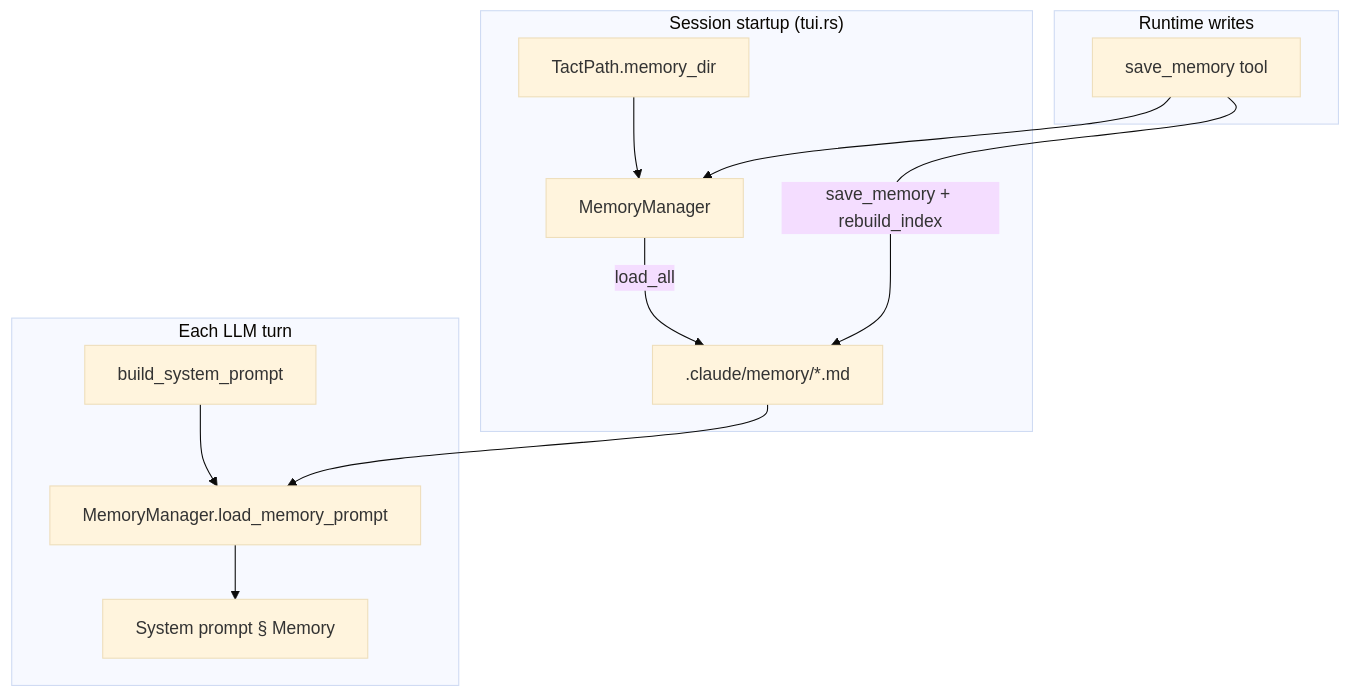
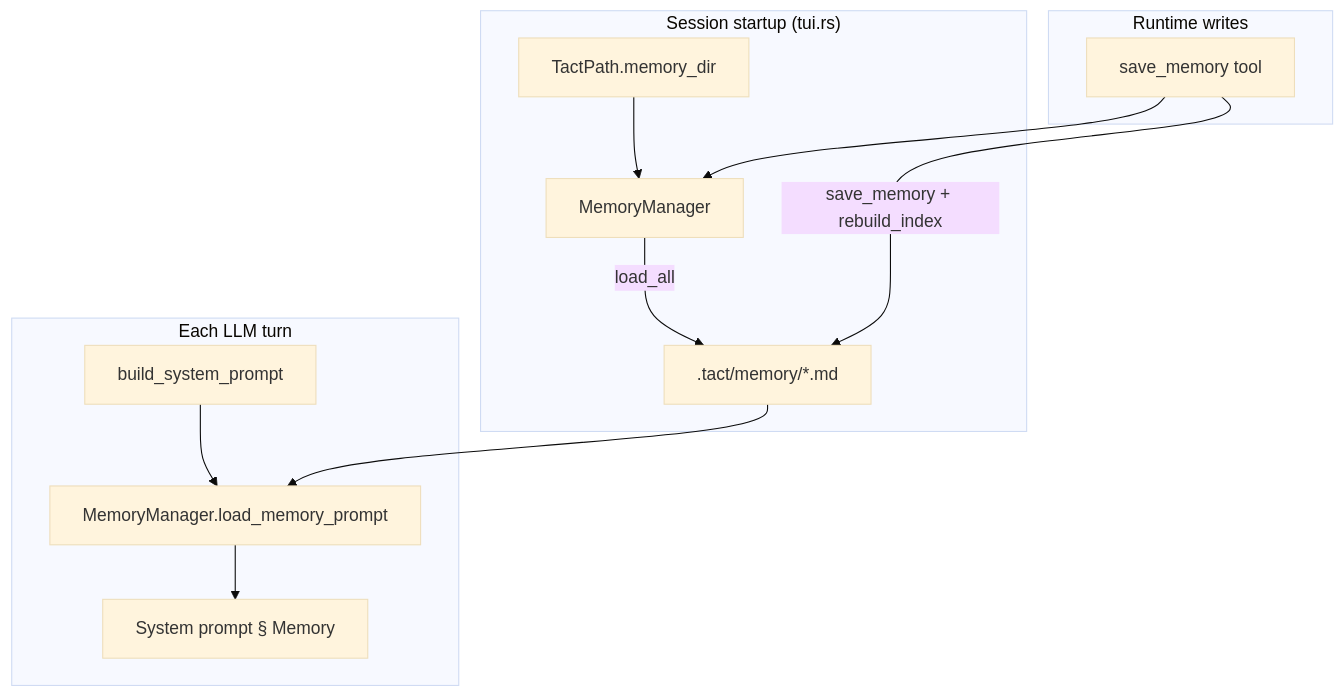
One commit to rust-infra/tact changed the diagram in book/03_chapter_memory.md. Above: the diagram before and after it, drawn with Mermaid (base theme). The commit also changed other lines of this file and 83 other files, not shown here.

````diff
--- a/book/03_chapter_memory.md
+++ b/book/03_chapter_memory.md
@@ -27,24 +27,24 @@
 ```mermaid
 graph TB
     subgraph Startup["Session startup (tui.rs)"]
         TP[TactPath.memory_dir]
         MM[MemoryManager]
         TP --> MM
-        MM -->|load_all| Files[".claude/memory/*.md"]
+        MM -->|load_all| Files[".tact/memory/*.md"]
     end
 
     subgraph Agent["Each LLM turn"]
         BSP[build_system_prompt]
         MM2[MemoryManager.load_memory_prompt]
         BSP --> MM2
         MM2 --> SP["System prompt § Memory"]
     end
 
     subgraph Tools["Runtime writes"]
         SM[save_memory tool]
         SM -->|save_memory + rebuild_index| Files
         SM --> MM
     end
 
     Files --> MM2
 ```
````
